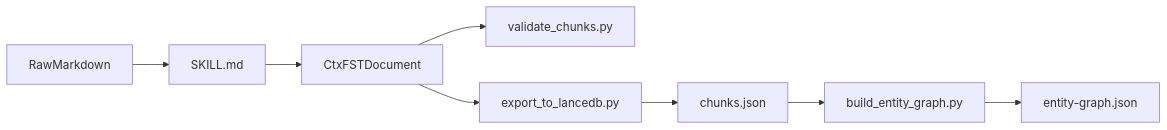
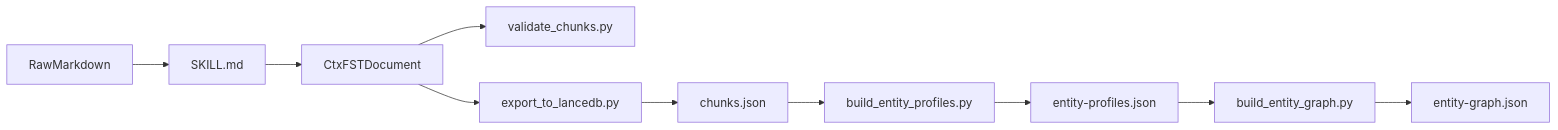
Before and after one commit to ctxfst/skill-chunk-md: the diagram in README.md, drawn with Mermaid. The commit also changed other lines of this file and 6 other files, not shown here.

Commit message:
feat: introduce an intermediate entity profiles layer and dedicated builder script for the entity graph pipeline.

````diff
--- a/README.md
+++ b/README.md
@@ -48,10 +54,12 @@
 ```mermaid
 flowchart LR
 rawMarkdown[RawMarkdown] --> skill[SKILL.md]
 skill --> ctxfstDoc[CtxFSTDocument]
 ctxfstDoc --> validate[validate_chunks.py]
 ctxfstDoc --> export[export_to_lancedb.py]
 export --> chunksJson[chunks.json]
-chunksJson --> graphBuilder[build_entity_graph.py]
+chunksJson --> profilesBuilder[build_entity_profiles.py]
+profilesBuilder --> entityProfiles[entity-profiles.json]
+entityProfiles --> graphBuilder[build_entity_graph.py]
 graphBuilder --> entityGraph[entity-graph.json]
 ```
````
